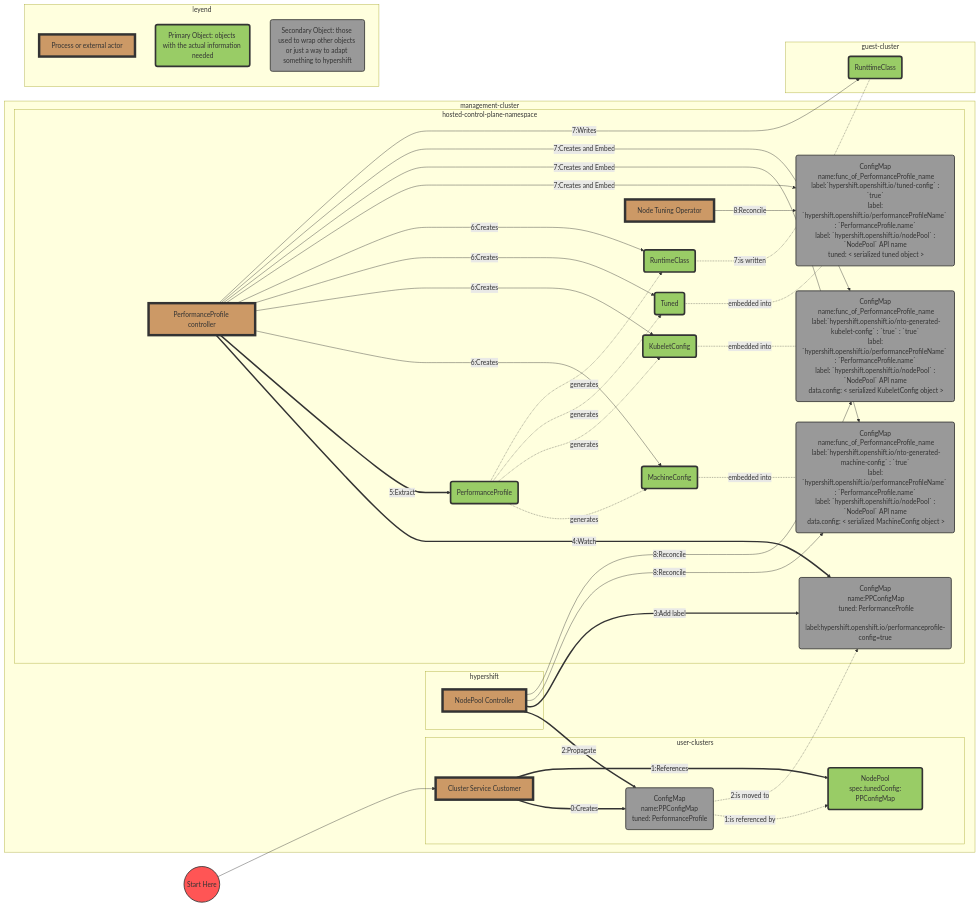
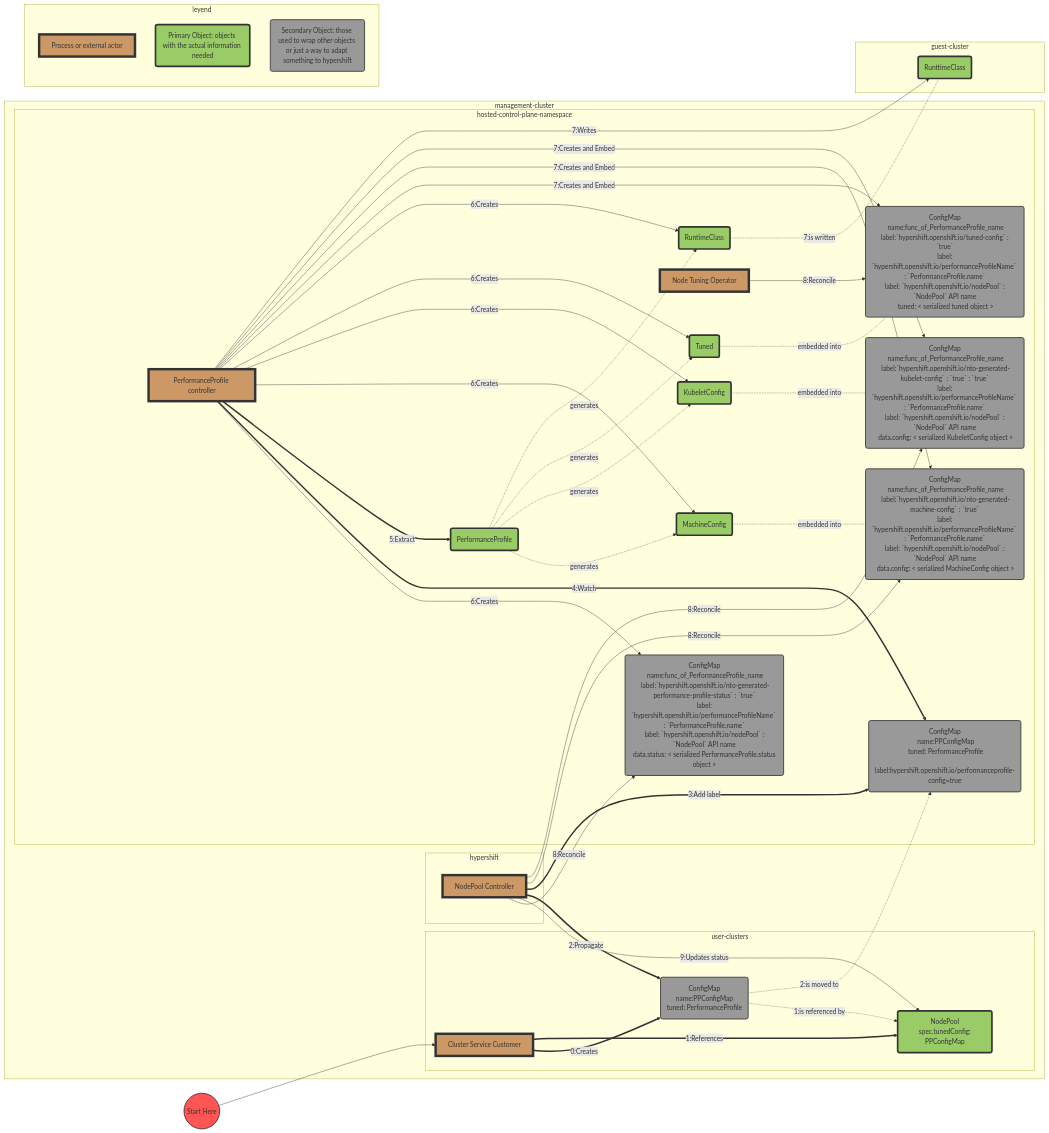
One commit to openshift/enhancements changed the first of 2 diagrams in enhancements/hypershift/performanceprofilecontroller-node-tuning.md. Above: the diagram before and after it, drawn with Mermaid. The commit also changed other lines of this file, not shown here.

First line of the commit message:
Add support for performance profile status in hypershift

````diff
--- a/enhancements/hypershift/performanceprofilecontroller-node-tuning.md
+++ b/enhancements/hypershift/performanceprofilecontroller-node-tuning.md
@@ -150,78 +167,82 @@
 ```mermaid
 graph LR;
     StartHere((Start Here))
     StartHere--> ClusterServiceCustomer
     subgraph management-cluster
         ClusterServiceCustomer[Cluster Service Customer]
         PP_ConfigMap(ConfigMap<br> name:PPConfigMap<br> tuned: PerformanceProfile)
         
         NodePool_A(NodePool<br> spec.tunedConfig: PPConfigMap)
         subgraph hypershift
             NodePoolController[NodePool Controller]
         end
         subgraph user-clusters
             ClusterServiceCustomer ==>|0:Creates|PP_ConfigMap
             ClusterServiceCustomer ==>|1:References|NodePool_A
             PP_ConfigMap-. 1:is referenced by .->NodePool_A
         end
 
         subgraph hosted-control-plane-namespace
+            NodePoolController -->|8:Reconcile| PP_Status(ConfigMap<br> name:func_of_PerformanceProfile_name<br> label:`hypershift.openshift.io/nto-generated-performance-profile-status` : `true`<br> label: `hypershift.openshift.io/performanceProfileName` : `PerformanceProfile.name`<br> label: `hypershift.openshift.io/nodePool` : `NodePool` API name<br> data.status: < serialized PerformanceProfile.status object >)
+            PPController-->|6:Creates|PP_Status
+            NodePoolController -->|9:Updates status| NodePool_A
+
             NodePoolController ==>|2:Propagate|PP_ConfigMap(ConfigMap<br> name:PPConfigMap<br> tuned: PerformanceProfile)
             NodePoolController ==>|3:Add label|PP_ConfigMap_01(ConfigMap<br> name:PPConfigMap<br> tuned: PerformanceProfile<br> label:hypershift.openshift.io/performanceprofile-config=true)
             PP_ConfigMap-. 2:is moved to .->PP_ConfigMap_01
             PPController[PerformanceProfile controller]==>|4:Watch|PP_ConfigMap_01
             PPController==>|5:Extract|PP_01(PerformanceProfile)
             PPController-->|6:Creates|MC_01(MachineConfig)
             PPController-->|6:Creates|KC_01(KubeletConfig)
             PPController-->|6:Creates|Tuned_01(Tuned)
             PPController-->|6:Creates|RTC_01(RuntimeClass)
             PP_01-. generates .->MC_01
             PP_01-. generates .->KC_01
             PP_01-. generates .->Tuned_01
             PP_01-. generates .->RTC_01
             %%Note>note: addinfo here]-.-PP_01
             
             PPController-->|7:Creates and Embed|Tuned_CM(ConfigMap<br> name:func_of_PerformanceProfile_name<br> label:`hypershift.openshift.io/tuned-config` : `true`<br> label: `hypershift.openshift.io/performanceProfileName` : `PerformanceProfile.name`<br> label: `hypershift.openshift.io/nodePool` : `NodePool` API name<br> tuned: < serialized tuned object >)
             Tuned_01-. embedded into .-Tuned_CM
 
             PPController-->|7:Creates and Embed|MC_CM(ConfigMap<br> name:func_of_PerformanceProfile_name<br> label:`hypershift.openshift.io/nto-generated-machine-config` : `true`<br> label: `hypershift.openshift.io/performanceProfileName` : `PerformanceProfile.name`<br> label: `hypershift.openshift.io/nodePool` : `NodePool` API name<br> data.config: < serialized MachineConfig object >)
             MC_01-. embedded into .-MC_CM
 
             PPController-->|7:Creates and Embed|KC_CM(ConfigMap<br> name:func_of_PerformanceProfile_name<br> label:`hypershift.openshift.io/nto-generated-kubelet-config` : `true` : `true`<br> label: `hypershift.openshift.io/performanceProfileName` : `PerformanceProfile.name`<br> label: `hypershift.openshift.io/nodePool` : `NodePool` API name<br> data.config: < serialized KubeletConfig object >)
             KC_01-. embedded into .-KC_CM
 
 
             
 
             NTO[Node Tuning Operator]-->|8:Reconcile|Tuned_CM
             NodePoolController -->|8:Reconcile|MC_CM
             NodePoolController -->|8:Reconcile|KC_CM
         end
     end
     subgraph guest-cluster
             PPController-->|7:Writes|RTC_02(RunttimeClass)
             RTC_01-. 7:is written .-RTC_02
     end
 
 classDef actor fill:#c96,stroke:#333,stroke-width:6px
 classDef object_prim fill:#9c6,stroke:#333,stroke-width:4px
 classDef object_sec fill:#999,stroke:#333,stroke-width:2px
 classDef starthere fill:#f55,stroke:#333,stroke-width:2px
 
 class PPController,NodePoolController,ClusterServiceCustomer,NTO actor
 
 class PP_01,RTC_01,RTC_02,MC_01,KC_01,Tuned_01,NodePool_A object_prim
 
-class PP_ConfigMap,PP_ConfigMap_01,Tuned_CM,KC_CM,MC_CM object_sec
+class PP_ConfigMap,PP_ConfigMap_01,Tuned_CM,KC_CM,MC_CM,PP_Status object_sec
 
 class StartHere starthere
 
 subgraph leyend
     AcTor[Process or external actor]
     PrimObj(Primary Object: objects with the actual information needed)
     SecObj(Secondary Object: those used to wrap other objects or just a way to adapt something to hypershift)
 end
 class AcTor actor
 class PrimObj object_prim
 class SecObj object_sec
 ```
````
